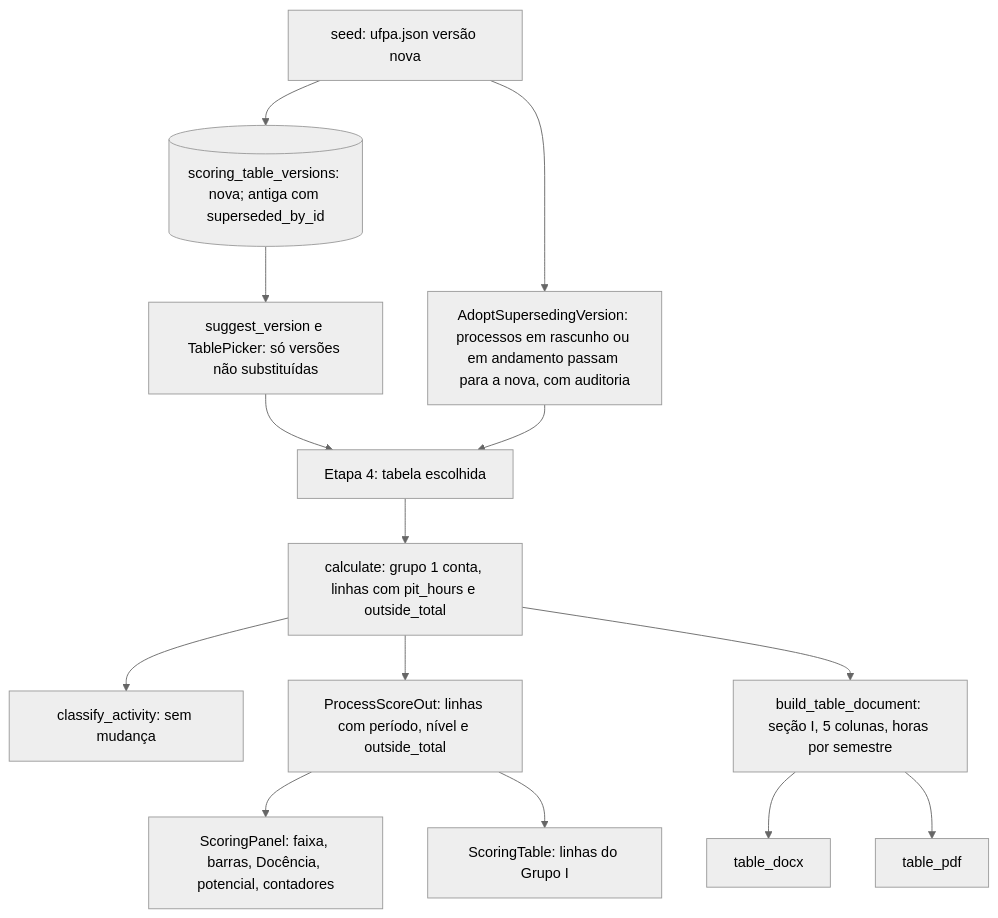
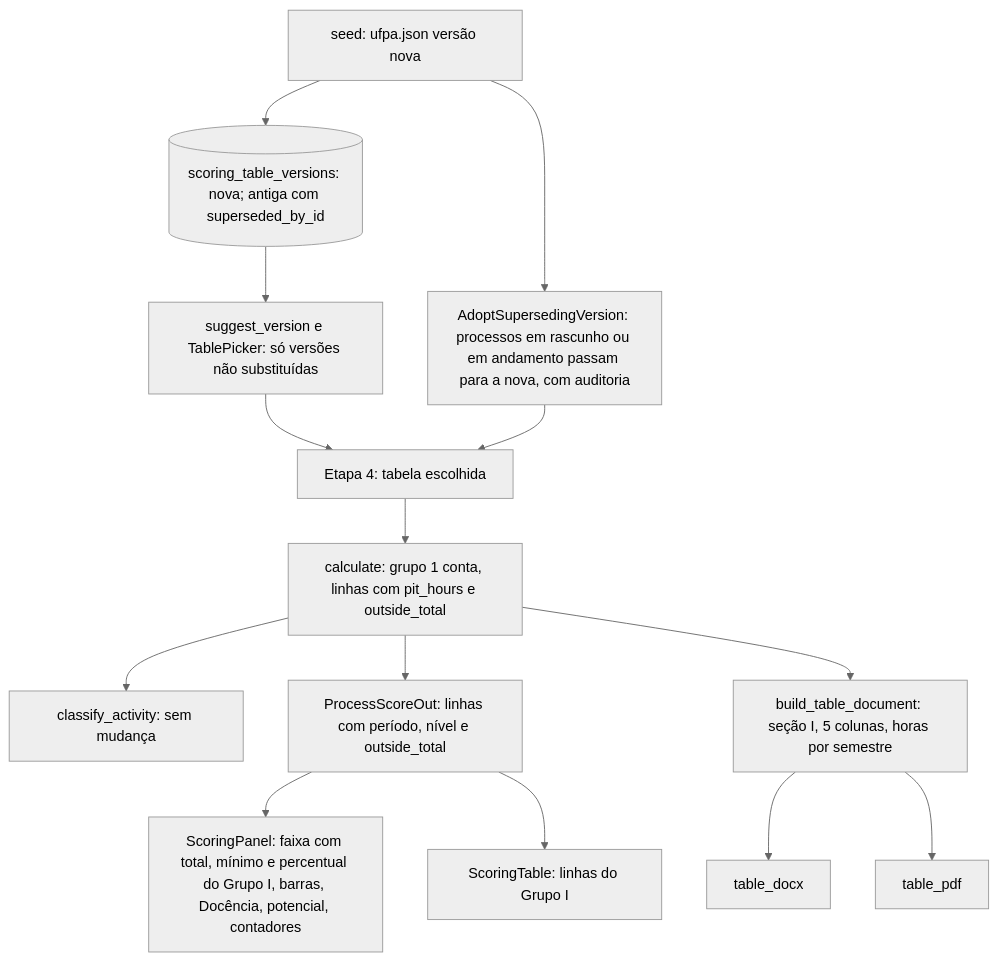
One commit to eltonsarmanho/ProgressaoFuncionalPiloto changed the diagram in .specs/features/grupo-i-no-total/design.md. Above: the diagram before and after it, drawn with Mermaid (neutral theme). The commit also changed other lines of this file and 3 other files, not shown here.

````diff
--- a/.specs/features/grupo-i-no-total/design.md
+++ b/.specs/features/grupo-i-no-total/design.md
@@ -31,16 +31,16 @@
 ```mermaid
 graph TD
     SEED[seed: ufpa.json versão nova] --> V[(scoring_table_versions: nova; antiga com superseded_by_id)]
     SEED --> ADOPT[AdoptSupersedingVersion: processos em rascunho ou em andamento passam para a nova, com auditoria]
     V --> SUG[suggest_version e TablePicker: só versões não substituídas]
     SUG --> CH[Etapa 4: tabela escolhida]
     ADOPT --> CH
     CH --> ENG[calculate: grupo 1 conta, linhas com pit_hours e outside_total]
     ENG --> VAL[classify_activity: sem mudança]
     ENG --> API[ProcessScoreOut: linhas com período, nível e outside_total]
-    API --> PAINEL[ScoringPanel: faixa, barras, Docência, potencial, contadores]
+    API --> PAINEL[ScoringPanel: faixa com total, mínimo e percentual do Grupo I, barras, Docência, potencial, contadores]
     API --> TAB[ScoringTable: linhas do Grupo I]
     ENG --> DOC[build_table_document: seção I, 5 colunas, horas por semestre]
     DOC --> DOCX[table_docx]
     DOC --> PDF[table_pdf]
 ```
````
